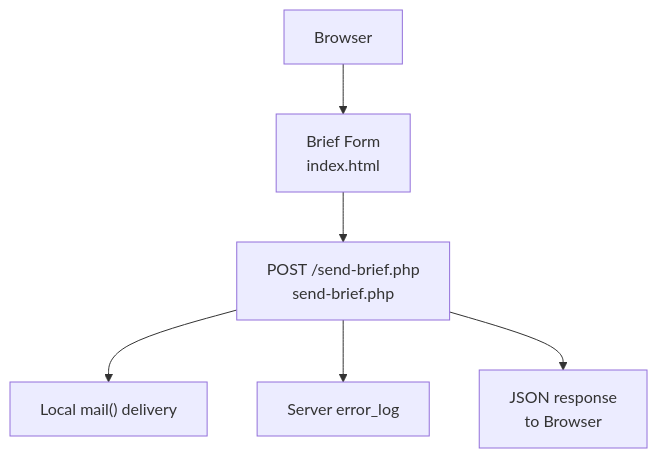
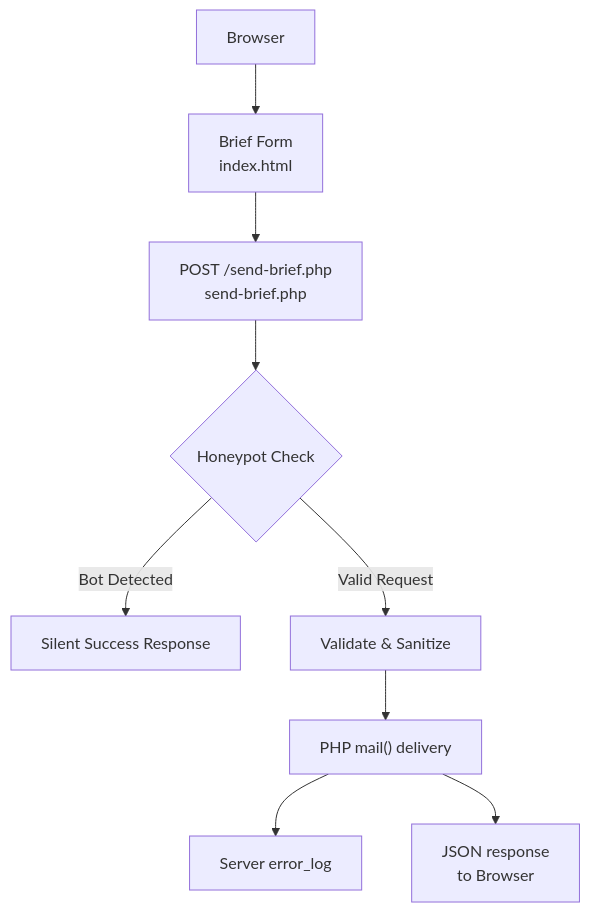
Before and after one commit to Vostrikov2014/emoo: the first of 6 diagrams in .qoder/repowiki/en/content/File Reference/send-brief.php - Backend Form Processor.md, drawn with Mermaid. The commit also changed other lines of this file and 4 other files, not shown here.

````diff
--- a/.qoder/repowiki/en/content/File Reference/send-brief.php - Backend Form Processor.md
+++ b/.qoder/repowiki/en/content/File Reference/send-brief.php - Backend Form Processor.md
@@ -31,8 +39,11 @@
 ```mermaid
 graph TB
 Client["Browser"] --> Form["Brief Form<br/>index.html"]
 Form --> Endpoint["POST /send-brief.php<br/>send-brief.php"]
-Endpoint --> Mail["Local mail() delivery"]
-Endpoint --> Log["Server error_log"]
-Endpoint --> Response["JSON response<br/>to Browser"]
+Endpoint --> Honeypot{"Honeypot Check"}
+Honeypot --> |Bot Detected| SilentAccept["Silent Success Response"]
+Honeypot --> |Valid Request| Validate["Validate & Sanitize"]
+Validate --> Email["PHP mail() delivery"]
+Email --> Log["Server error_log"]
+Email --> Response["JSON response<br/>to Browser"]
 ```
````
